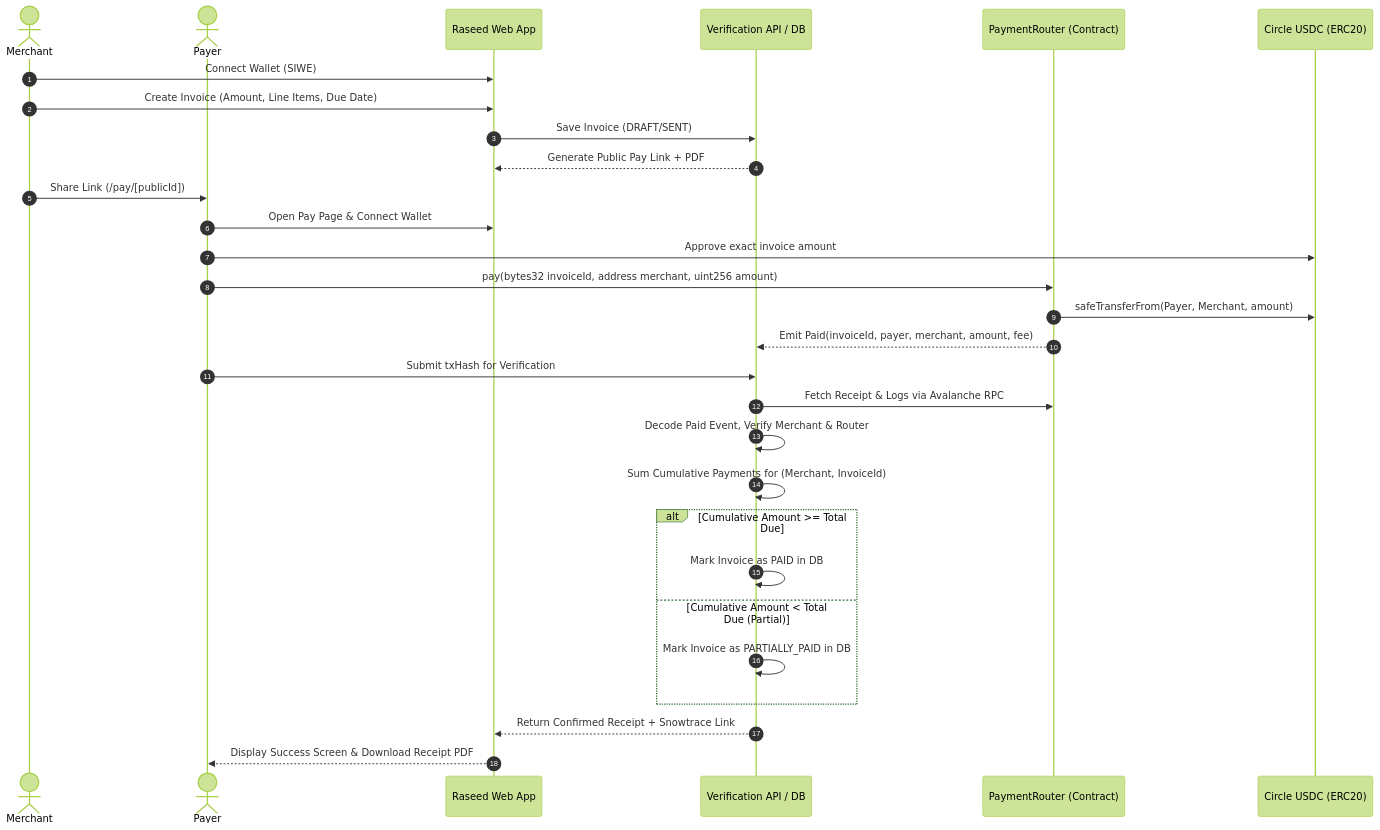
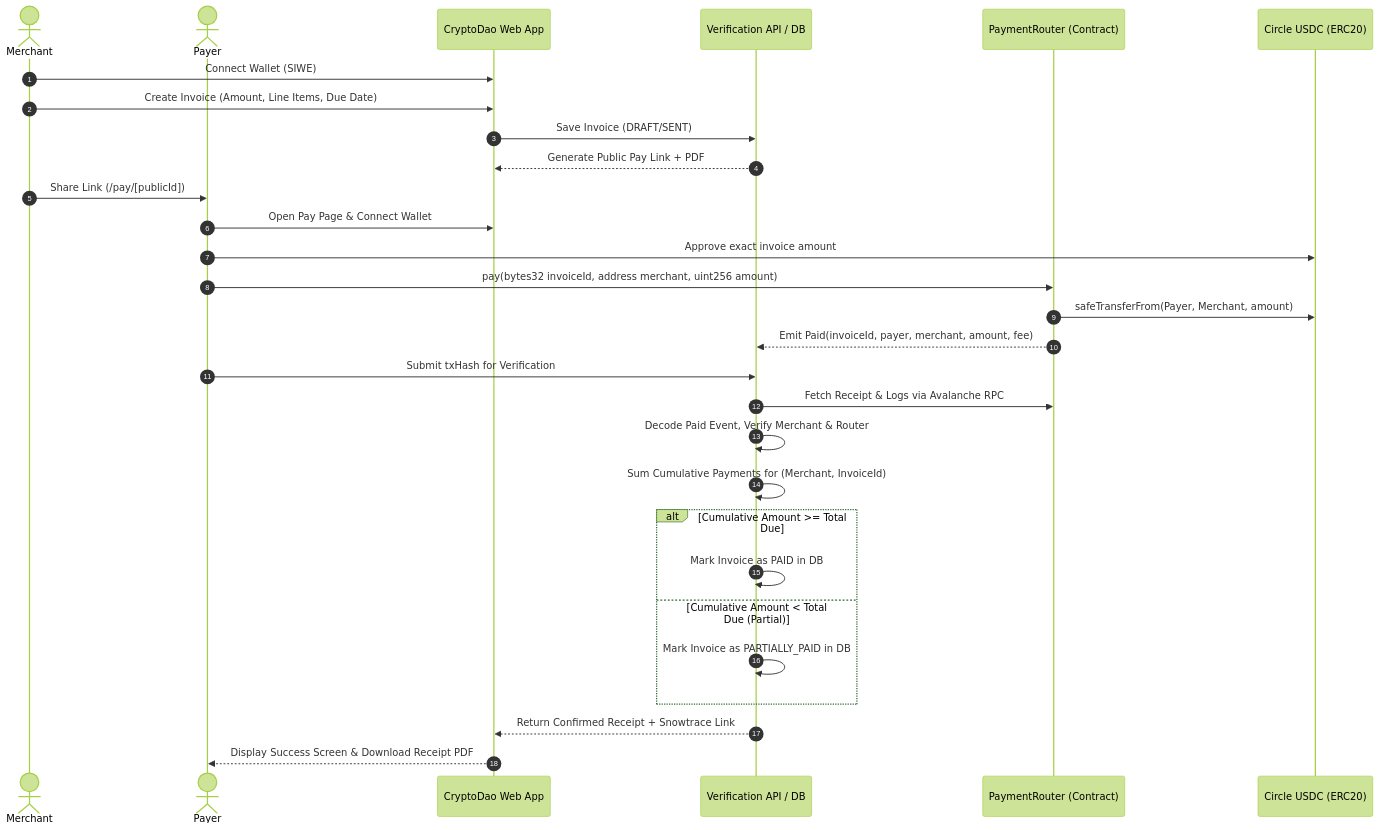
The diagram in README.md (arpitb496-cpu/raseed-fuji-demo), drawn with Mermaid (forest theme) before and after one commit. The commit also changed other lines of this file and 32 other files, not shown here.

Commit message:
chore: rebrand to CryptoDao (display only)

````diff
--- a/README.md
+++ b/README.md
@@ -12,34 +12,34 @@
 ```mermaid
 sequenceDiagram
     autonumber
     actor Merchant
     actor Payer
-    participant WebApp as Raseed Web App
+    participant WebApp as CryptoDao Web App
     participant Server as Verification API / DB
     participant Router as PaymentRouter (Contract)
     participant USDC as Circle USDC (ERC20)
 
     Merchant->>WebApp: Connect Wallet (SIWE)
     Merchant->>WebApp: Create Invoice (Amount, Line Items, Due Date)
     WebApp->>Server: Save Invoice (DRAFT/SENT)
     Server-->>WebApp: Generate Public Pay Link + PDF
     Merchant->>Payer: Share Link (/pay/[publicId])
     
     Payer->>WebApp: Open Pay Page & Connect Wallet
     Payer->>USDC: Approve exact invoice amount
     Payer->>Router: pay(bytes32 invoiceId, address merchant, uint256 amount)
     Router->>USDC: safeTransferFrom(Payer, Merchant, amount)
     Router-->>Server: Emit Paid(invoiceId, payer, merchant, amount, fee)
     
     Payer->>Server: Submit txHash for Verification
     Server->>Router: Fetch Receipt & Logs via Avalanche RPC
     Server->>Server: Decode Paid Event, Verify Merchant & Router
     Server->>Server: Sum Cumulative Payments for (Merchant, InvoiceId)
     alt Cumulative Amount >= Total Due
         Server->>Server: Mark Invoice as PAID in DB
     else Cumulative Amount < Total Due (Partial)
         Server->>Server: Mark Invoice as PARTIALLY_PAID in DB
     end
     Server-->>WebApp: Return Confirmed Receipt + Snowtrace Link
     WebApp-->>Payer: Display Success Screen & Download Receipt PDF
 ```
````
